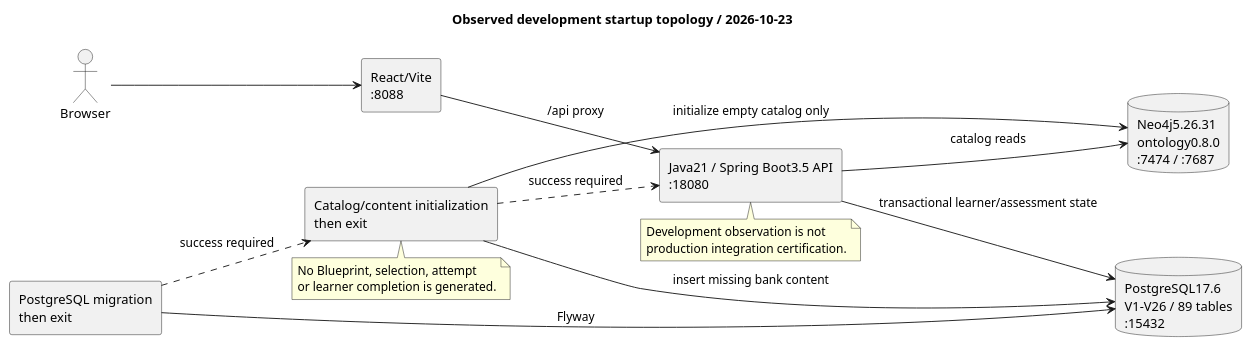
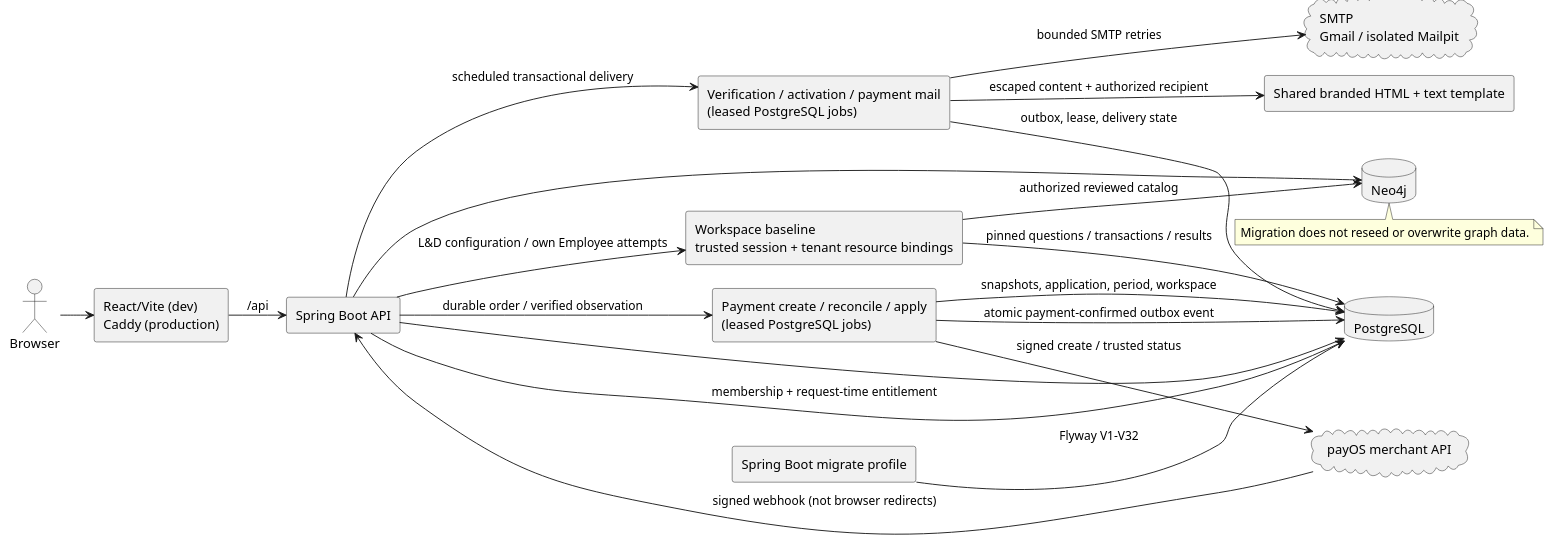
The diagram in documents/diagrams/runtime-topology.puml (SEP490-Fall-2026-GFA26SE64/SEP490), drawn with PlantUML before and after one commit. The commit also changed 487 other files, not shown here.

First line of the commit message:
Integrate main with current feature distribution and authenticated workspace baseline

```diff
--- a/documents/diagrams/runtime-topology.puml
+++ b/documents/diagrams/runtime-topology.puml
@@ -1,31 +1,39 @@
 @startuml
 !pragma layout smetana
 left to right direction
 skinparam componentStyle rectangle
 skinparam shadowing false
-title Observed development startup topology / 2026-10-23
+
 actor Browser
-component "React/Vite\n:8088" as Web
-component "Java21 / Spring Boot3.5 API\n:18080" as API
-component "PostgreSQL migration\nthen exit" as Migrate
-component "Catalog/content initialization\nthen exit" as Seed
-database "PostgreSQL17.6\nV1-V26 / 89 tables\n:15432" as PG
-database "Neo4j5.26.31\nontology0.8.0\n:7474 / :7687" as Graph
+component "React/Vite (dev)\nCaddy (production)" as Web
+component "Spring Boot API" as API
+component "Workspace baseline\ntrusted session + tenant resource bindings" as Baseline
+component "Verification / activation / payment mail\n(leased PostgreSQL jobs)" as MailWorker
+component "Shared branded HTML + text template" as MailTemplate
+component "Payment create / reconcile / apply\n(leased PostgreSQL jobs)" as PaymentWorker
+cloud "payOS merchant API" as PayOS
+cloud "SMTP\nGmail / isolated Mailpit" as SMTP
+component "Spring Boot migrate profile" as Migrate
+database "PostgreSQL" as PG
+database "Neo4j" as Graph
+
 Browser --> Web
-Web --> API : /api proxy
-Migrate --> PG : Flyway
-Migrate ..> Seed : success required
-Seed --> Graph : initialize empty catalog only
-Seed --> PG : insert missing bank content
-Seed ..> API : success required
-API --> PG : transactional learner/assessment state
-API --> Graph : catalog reads
-note bottom of Seed
-No Blueprint, selection, attempt
-or learner completion is generated.
-end note
-note bottom of API
-Development observation is not
-production integration certification.
-end note
+Web --> API : /api
+API --> PG
+API --> MailWorker : scheduled transactional delivery
+MailWorker --> MailTemplate : escaped content + authorized recipient
+API --> PaymentWorker : durable order / verified observation
+PaymentWorker --> PG : snapshots, application, period, workspace
+PaymentWorker --> PG : atomic payment-confirmed outbox event
+PaymentWorker --> PayOS : signed create / trusted status
+PayOS --> API : signed webhook (not browser redirects)
+API --> PG : membership + request-time entitlement
+API --> Baseline : L&D configuration / own Employee attempts
+Baseline --> PG : pinned questions / transactions / results
+Baseline --> Graph : authorized reviewed catalog
+MailWorker --> PG : outbox, lease, delivery state
+MailWorker --> SMTP : bounded SMTP retries
+API --> Graph
+Migrate --> PG : Flyway V1-V32
+note bottom of Graph : Migration does not reseed or overwrite graph data.
 @enduml
```
